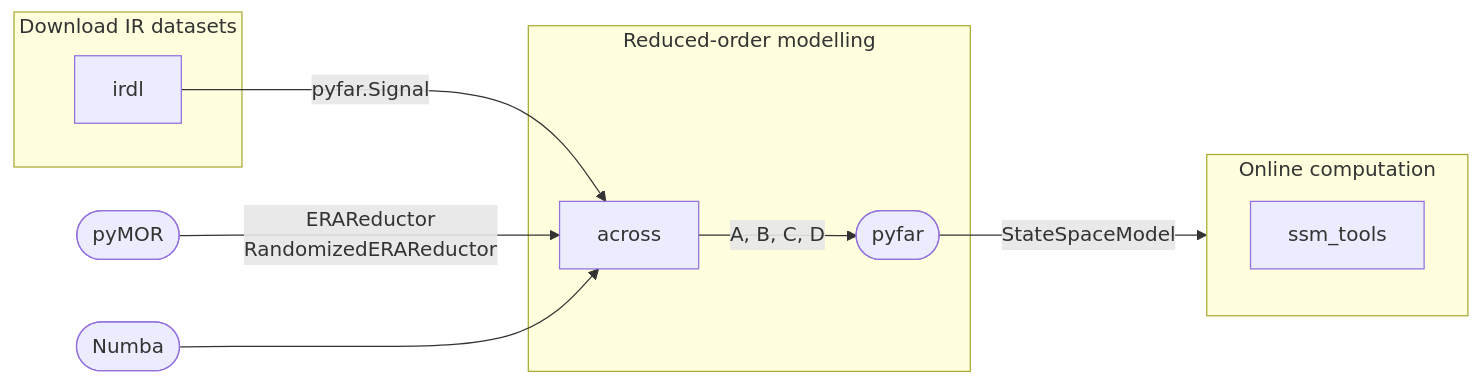
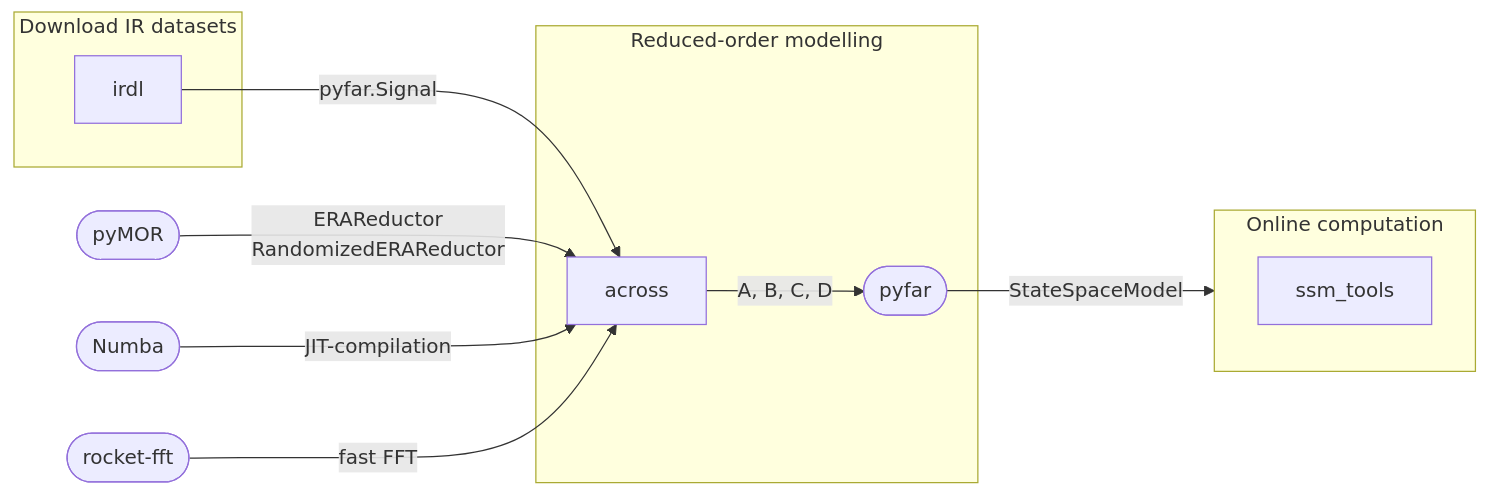
The diagram in README.md (artpelling/ssm-tools), drawn with Mermaid before and after one commit.

````diff
--- a/README.md
+++ b/README.md
@@ -26,32 +26,35 @@
 ```mermaid
 graph LR
     subgraph s1["Download IR datasets"]
         irdl["irdl"]
     end
 
     pymor([pyMOR])
     numba([Numba])
+    rocket-fft([rocket-fft])
 
     subgraph s2["Reduced-order modelling"]
         across["across"]
         pyfar([pyfar])
     end
 
     subgraph s3["Online computation"]
         direction TB
         ssm["ssm_tools"]
     end
 
     irdl -->|pyfar.Signal| across
     pymor -->|ERAReductor\nRandomizedERAReductor| across
-    numba --> across
+    numba --> |JIT-compilation| across
+    rocket-fft --> |fast FFT| across
     across -->|A, B, C, D| pyfar
     pyfar -->|StateSpaceModel| ssm
 
     click across "packages/across/README.md"
     click irdl "https://github.com/artpelling/irdl"
     click numba "https://numba.pydata.org"
+    click rocket-fft "https://github.com/styfenschaer/rocket-fft"
     click pyfar "https://pyfar.org"
     click pymor "https://pymor.org"
     click ssm "pyproject.toml"
 ```
````
